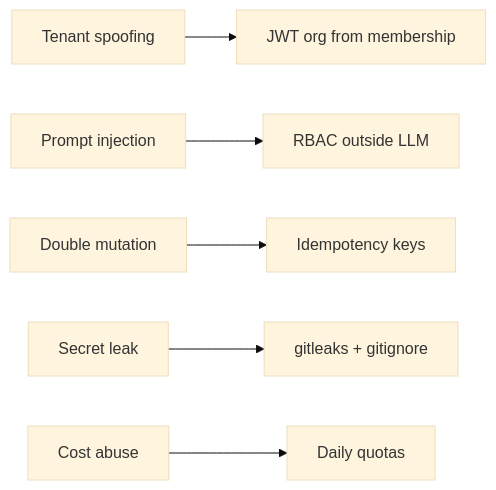
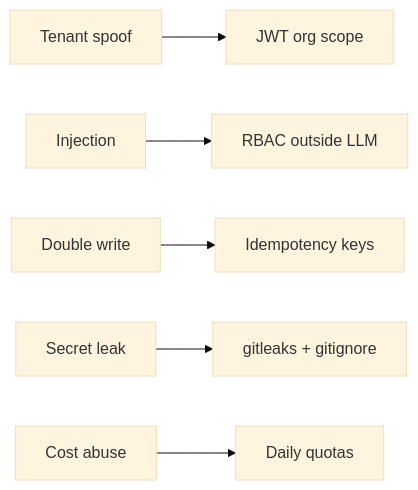
Before and after one commit to nikhilmaguwala/enterprise-ai-agent: the ninth of 9 diagrams in README.md, drawn with Mermaid (base theme). The commit also changed other lines of this file, not shown here.

````diff
--- a/README.md
+++ b/README.md
@@ -440,8 +321,8 @@
 ```mermaid
 flowchart LR
-  T[Tenant spoofing] --> M1[JWT org from membership]
-  I[Prompt injection] --> M2[RBAC outside LLM]
-  D[Double mutation] --> M3[Idempotency keys]
-  L[Secret leak] --> M4[gitleaks + gitignore]
-  C[Cost abuse] --> M5[Daily quotas]
+  T1[Tenant spoof] --> M1[JWT org scope]
+  T2[Injection] --> M2[RBAC outside LLM]
+  T3[Double write] --> M3[Idempotency keys]
+  T4[Secret leak] --> M4[gitleaks + gitignore]
+  T5[Cost abuse] --> M5[Daily quotas]
 ```
````
